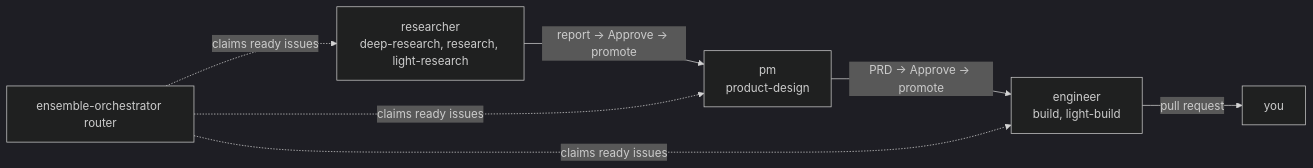
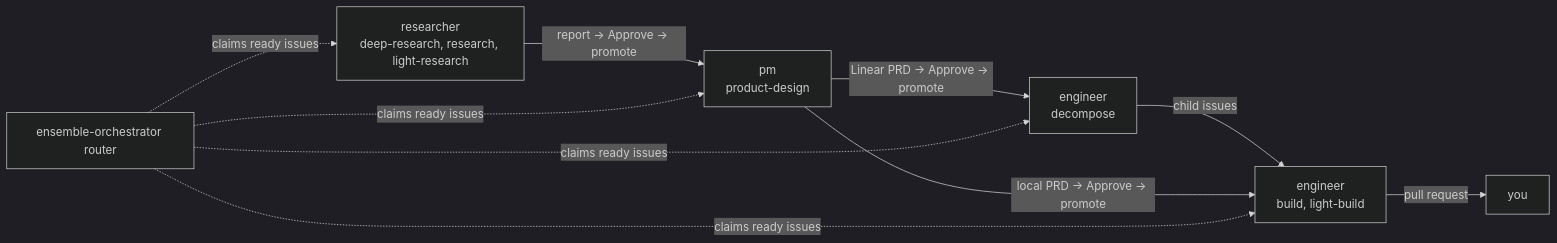
Before and after one commit to windroc-labs/ensemble: the diagram in README.md, drawn with Mermaid (dark theme). The commit also changed other lines of this file and 13 other files, not shown here.

Commit message:
fix(r1): use the writer read boundary and align flow fixtures and docs

````diff
--- a/README.md
+++ b/README.md
@@ -15,6 +15,8 @@
 ```mermaid
 flowchart LR
     R["researcher<br>deep-research, research, light-research"] -->|"report → Approve → promote"| P["pm<br>product-design"]
-    P -->|"PRD → Approve → promote"| E["engineer<br>build, light-build"] -->|pull request| Y[you]
-    T[ensemble-orchestrator router] -.->|claims ready issues| R & P & E
+    P -->|"Linear PRD → Approve → promote"| D["engineer<br>decompose"]
+    D -->|child issues| E["engineer<br>build, light-build"] -->|pull request| Y[you]
+    P -->|"local PRD → Approve → promote"| E
+    T[ensemble-orchestrator router] -.->|claims ready issues| R & P & D & E
 ```
````
